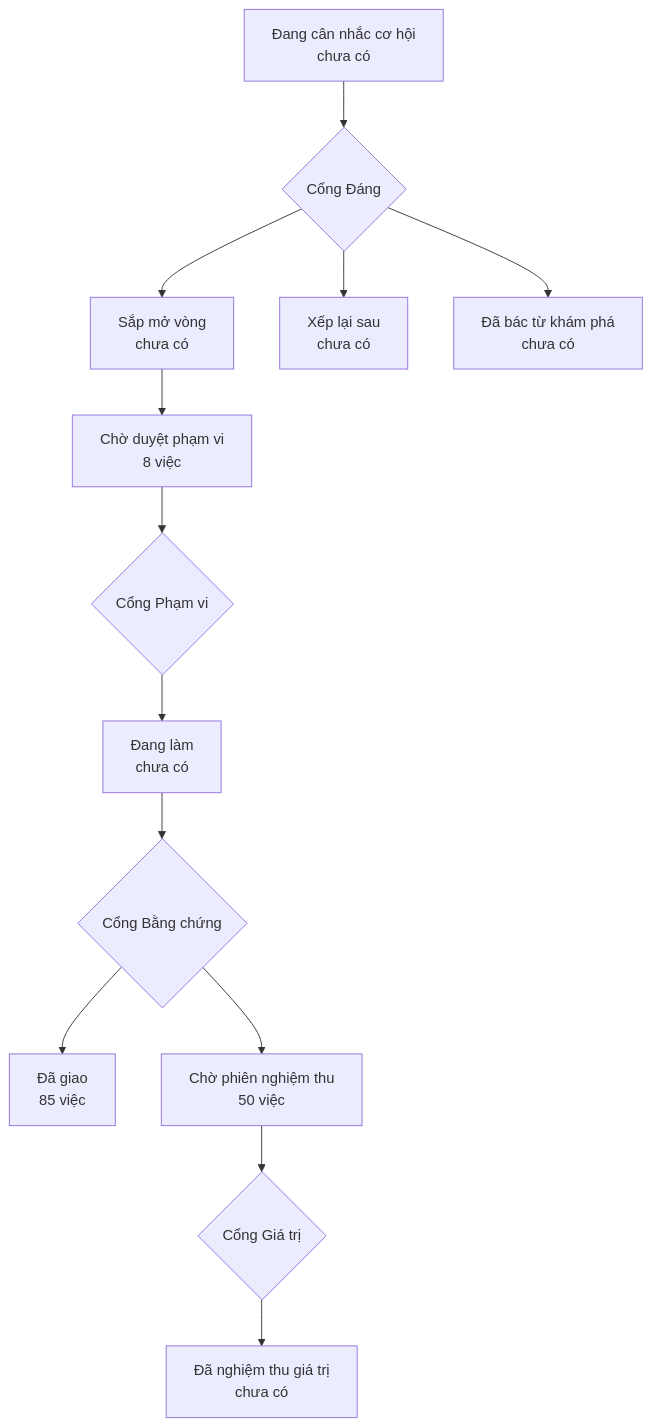
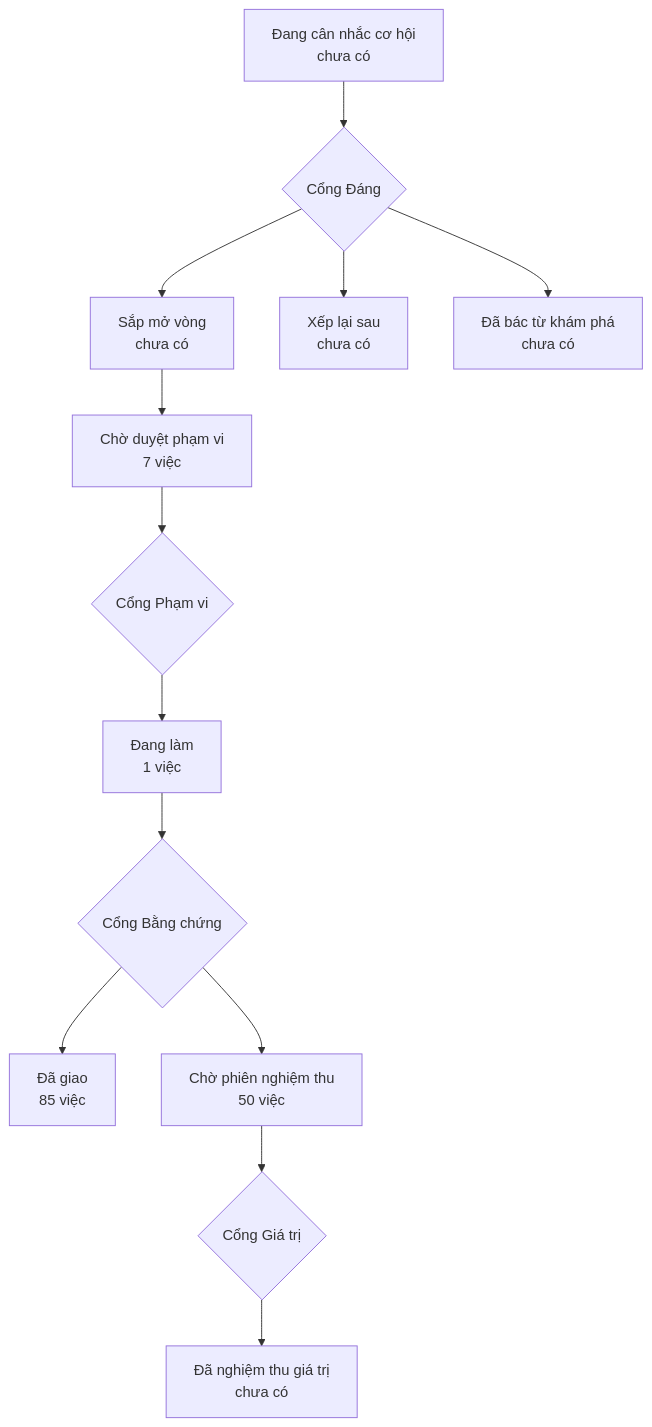
The diagram in PRODUCT-MAP.md (phanlemanh/onehub-invest), drawn with Mermaid before and after one commit. The commit also changed other lines of this file and 3 other files, not shown here.

Commit message:
chore(acceptance): so-cuoc-goi-ai Cổng Phạm vi duyệt — Mạnh, Hỏi-1..4 theo khuyến nghị

````diff
--- a/PRODUCT-MAP.md
+++ b/PRODUCT-MAP.md
@@ -7,12 +7,12 @@
 ```mermaid
 flowchart TD
   A["Đang cân nhắc cơ hội<br/>chưa có"] --> GD{"Cổng Đáng"}
   GD --> B["Sắp mở vòng<br/>chưa có"]
   GD --> XL["Xếp lại sau<br/>chưa có"]
   GD --> DB["Đã bác từ khám phá<br/>chưa có"]
-  B --> CD["Chờ duyệt phạm vi<br/>8 việc"] --> GP{"Cổng Phạm vi"}
-  GP --> DL["Đang làm<br/>chưa có"] --> GB{"Cổng Bằng chứng"}
+  B --> CD["Chờ duyệt phạm vi<br/>7 việc"] --> GP{"Cổng Phạm vi"}
+  GP --> DL["Đang làm<br/>1 việc"] --> GB{"Cổng Bằng chứng"}
   GB --> DG["Đã giao<br/>85 việc"]
   GB --> CN["Chờ phiên nghiệm thu<br/>50 việc"] --> GG{"Cổng Giá trị"}
   GG --> NT["Đã nghiệm thu giá trị<br/>chưa có"]
 ```
````
